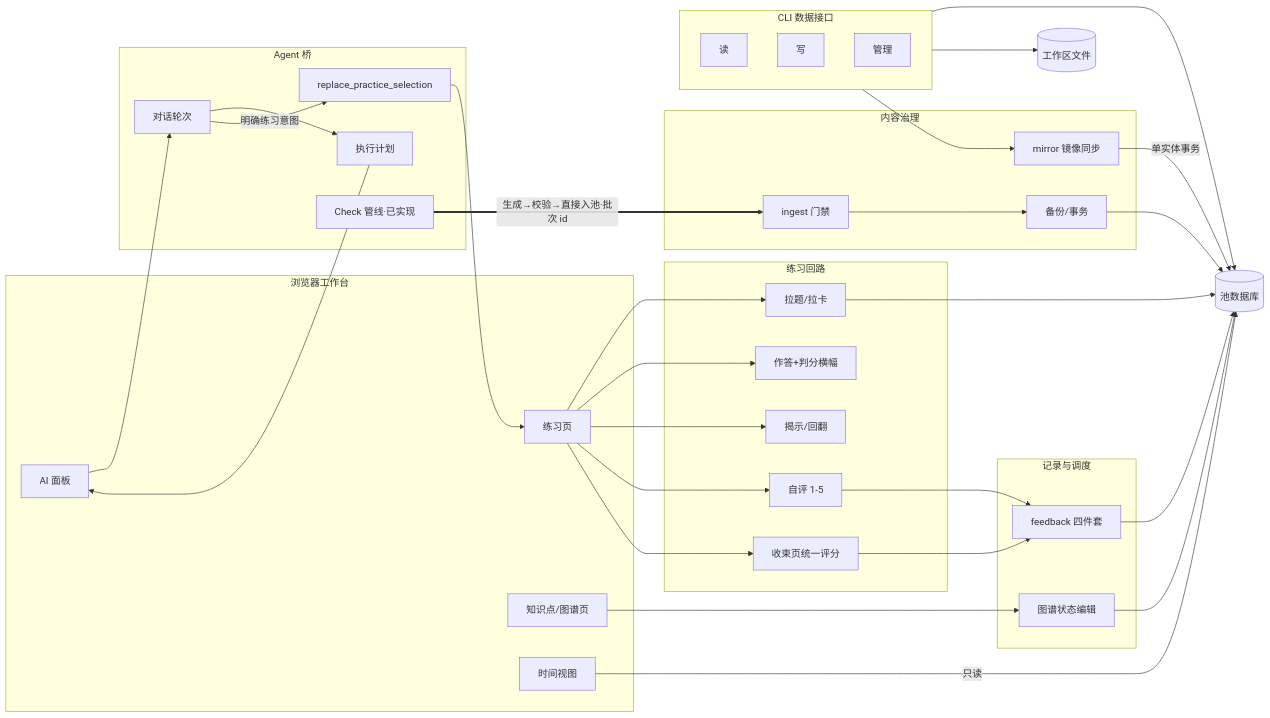
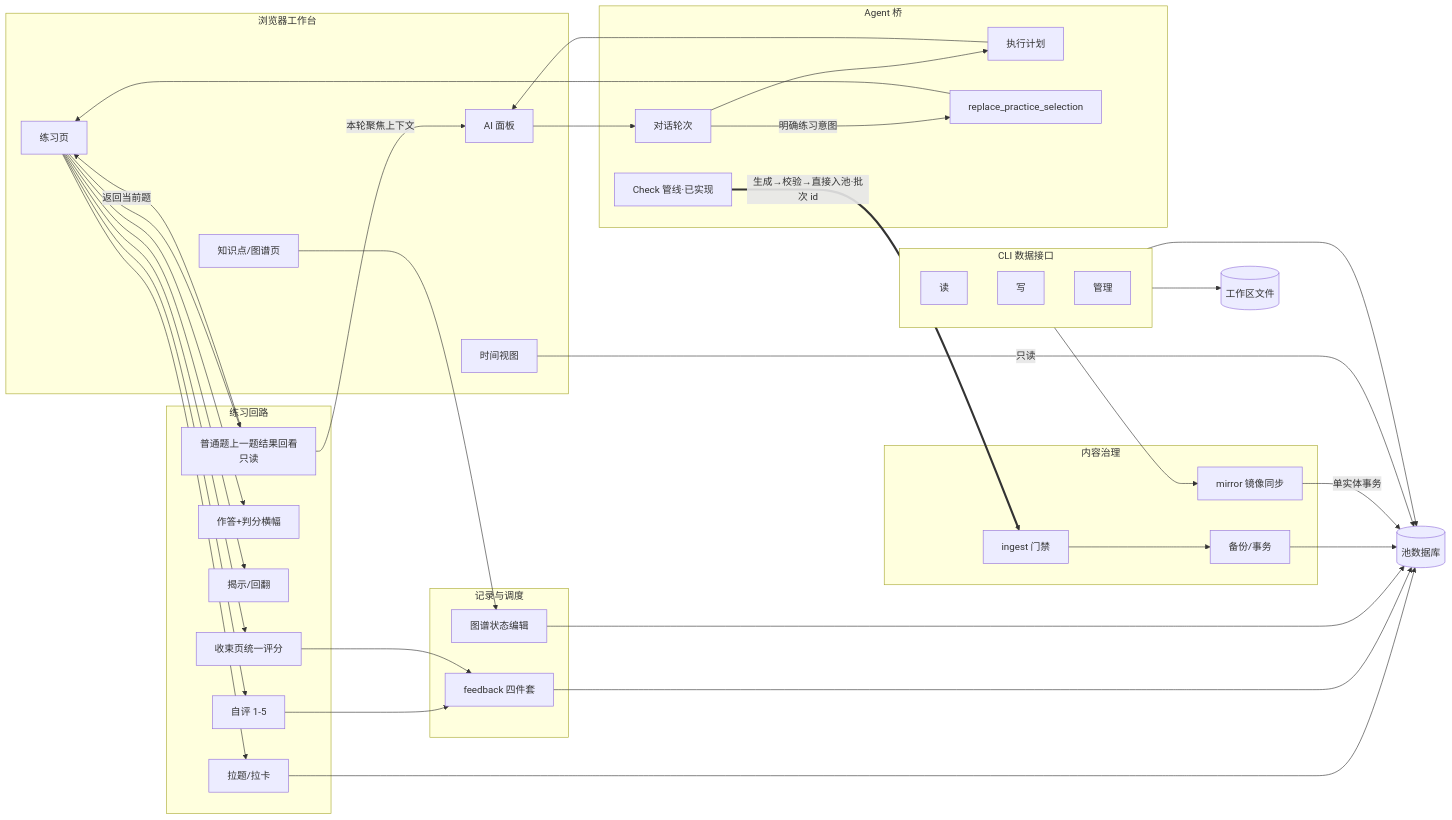
Before and after one commit to Amazinnn/Lesson-Kit: the diagram in docs/ACTION-GRAPH.md, drawn with Mermaid. The commit also changed other lines of this file and 5 other files, not shown here.

````diff
--- a/docs/ACTION-GRAPH.md
+++ b/docs/ACTION-GRAPH.md
@@ -39,50 +39,53 @@
 ```mermaid
 flowchart LR
   subgraph UI[浏览器工作台]
     P[练习页]
     K[知识点/图谱页]
     T[时间视图]
     A[AI 面板]
   end
   subgraph LOOP[练习回路]
     PULL[拉题/拉卡]
     ANS[作答+判分横幅]
     REV[揭示/回翻]
+    PREV[普通题上一题结果回看<br/>只读]
     RATE[自评 1-5]
     END[收束页统一评分]
   end
   subgraph REC[记录与调度]
     FB[feedback 四件套]
     GSTATE[图谱状态编辑]
   end
   subgraph GOV[内容治理]
     ING[ingest 门禁]
     BK[备份/事务]
     MIR[mirror 镜像同步]
   end
   subgraph BR[Agent 桥]
     CONV[对话轮次]
     PLAN[执行计划]
     SEL[replace_practice_selection]
     CHK[Check 管线·已实现]
   end
   subgraph CLI[CLI 数据接口]
     Q[读]
     W[写]
     ADM[管理]
   end
   DB[(池数据库)]
   FS[(工作区文件)]
 
-  P --> PULL & ANS & REV & RATE & END
+  P --> PULL & ANS & REV & PREV & RATE & END
+  PREV -->|返回当前题| P
+  PREV -->|本轮聚焦上下文| A
   PULL --> DB
   RATE & END --> FB --> DB
   K --> GSTATE --> DB
   A --> CONV
   CONV --> PLAN --> A
   CONV -->|明确练习意图| SEL --> P
   CHK ==>|生成→校验→直接入池·批次 id| ING --> BK --> DB
   CLI --> MIR -->|单实体事务| DB
   CLI --> DB & FS
   T -->|只读| DB
 ```
````
